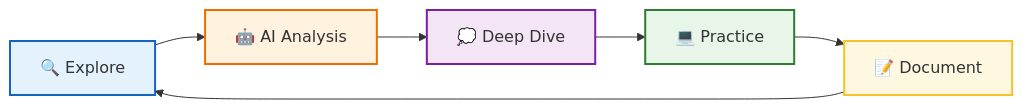
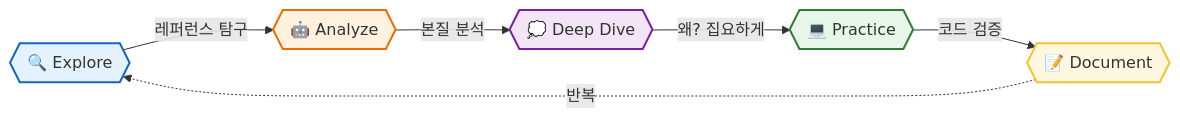
Before and after one commit to iq-dev-lab/.github: the diagram in profile/README.md, drawn with Mermaid. The commit also changed other lines of this file, not shown here.

````diff
--- a/profile/README.md
+++ b/profile/README.md
@@ -49,14 +53,14 @@
 ```mermaid
 graph LR
-    A[🔍 Explore] --> B[🤖 AI Analysis]
-    B --> C[💭 Deep Dive]
-    C --> D[💻 Practice]
-    D --> E[📝 Document]
-    E --> A
-    
+    A{{🔍 Explore}} -->|레퍼런스 탐구| B{{🤖 Analyze}}
+    B -->|본질 분석| C{{💭 Deep Dive}}
+    C -->|왜? 집요하게| D{{💻 Practice}}
+    D -->|코드 검증| E{{📝 Document}}
+    E -.->|반복| A
+
     style A fill:#e3f2fd,stroke:#1565c0,stroke-width:2px
     style B fill:#fff3e0,stroke:#ef6c00,stroke-width:2px
     style C fill:#f3e5f5,stroke:#7b1fa2,stroke-width:2px
     style D fill:#e8f5e9,stroke:#2e7d32,stroke-width:2px
     style E fill:#fff8e1,stroke:#fbc02d,stroke-width:2px
 ```
````
